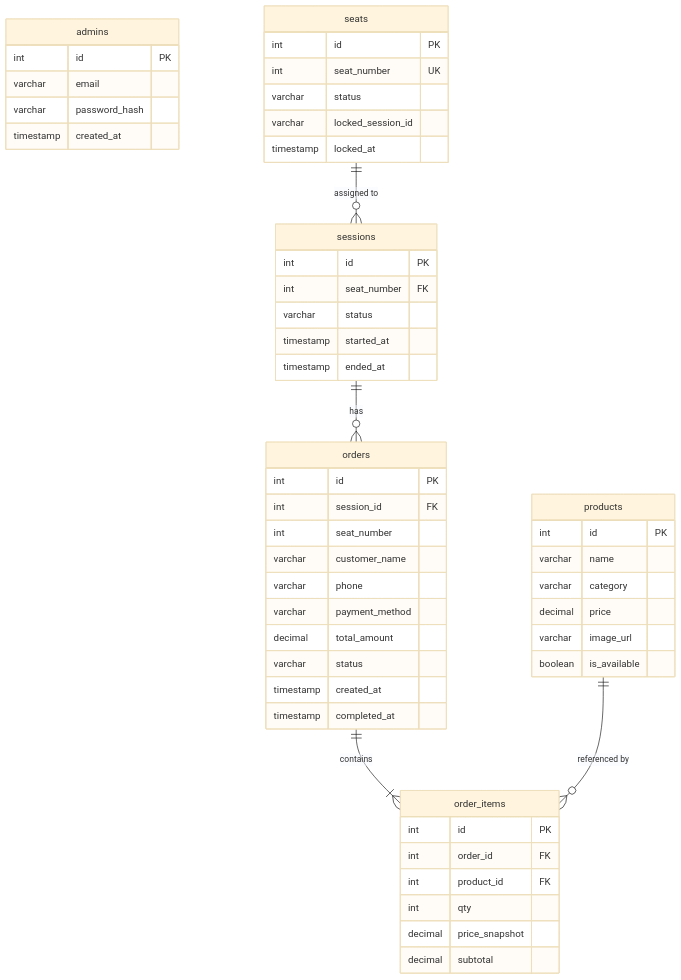
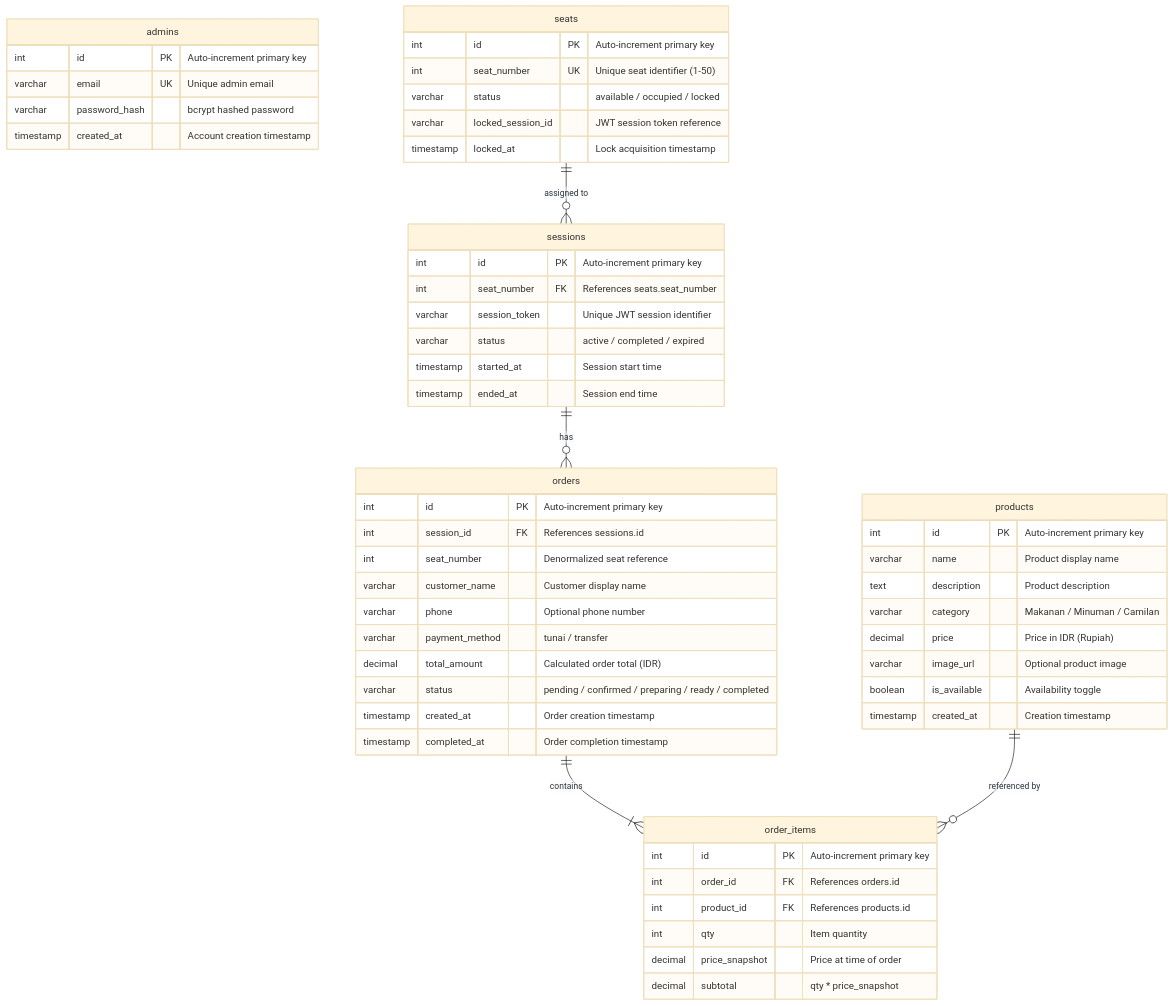
Before and after one commit to adamyudhistiramuhtar-byte/SistrackV2: the first of 5 diagrams in docs/cloud-infrastructure/Infrastructure.md, drawn with Mermaid (base theme). The commit also changed other lines of this file and 15 other files, not shown here.

Commit message:
docs: overhaul project documentation with comprehensive cloud architecture guides and professionalize README content

````diff
--- a/docs/cloud-infrastructure/Infrastructure.md
+++ b/docs/cloud-infrastructure/Infrastructure.md
@@ -177,56 +240,59 @@
 ```mermaid
 erDiagram
     admins {
-        int id PK
-        varchar email
-        varchar password_hash
-        timestamp created_at
+        int id PK "Auto-increment primary key"
+        varchar email UK "Unique admin email"
+        varchar password_hash "bcrypt hashed password"
+        timestamp created_at "Account creation timestamp"
     }
     products {
-        int id PK
-        varchar name
-        varchar category
-        decimal price
-        varchar image_url
-        boolean is_available
+        int id PK "Auto-increment primary key"
+        varchar name "Product display name"
+        text description "Product description"
+        varchar category "Makanan / Minuman / Camilan"
+        decimal price "Price in IDR (Rupiah)"
+        varchar image_url "Optional product image"
+        boolean is_available "Availability toggle"
+        timestamp created_at "Creation timestamp"
     }
     seats {
-        int id PK
-        int seat_number UK
-        varchar status
-        varchar locked_session_id
-        timestamp locked_at
+        int id PK "Auto-increment primary key"
+        int seat_number UK "Unique seat identifier (1-50)"
+        varchar status "available / occupied / locked"
+        varchar locked_session_id "JWT session token reference"
+        timestamp locked_at "Lock acquisition timestamp"
     }
     sessions {
-        int id PK
-        int seat_number FK
-        varchar status
-        timestamp started_at
-        timestamp ended_at
+        int id PK "Auto-increment primary key"
+        int seat_number FK "References seats.seat_number"
+        varchar session_token "Unique JWT session identifier"
+        varchar status "active / completed / expired"
+        timestamp started_at "Session start time"
+        timestamp ended_at "Session end time"
     }
     orders {
-        int id PK
-        int session_id FK
-        int seat_number
-        varchar customer_name
-        varchar phone
-        varchar payment_method
-        decimal total_amount
-        varchar status
-        timestamp created_at
-        timestamp completed_at
+        int id PK "Auto-increment primary key"
+        int session_id FK "References sessions.id"
+        int seat_number "Denormalized seat reference"
+        varchar customer_name "Customer display name"
+        varchar phone "Optional phone number"
+        varchar payment_method "tunai / transfer"
+        decimal total_amount "Calculated order total (IDR)"
+        varchar status "pending / confirmed / preparing / ready / completed"
+        timestamp created_at "Order creation timestamp"
+        timestamp completed_at "Order completion timestamp"
     }
     order_items {
-        int id PK
-        int order_id FK
-        int product_id FK
-        int qty
-        decimal price_snapshot
-        decimal subtotal
+        int id PK "Auto-increment primary key"
+        int order_id FK "References orders.id"
+        int product_id FK "References products.id"
+        int qty "Item quantity"
+        decimal price_snapshot "Price at time of order"
+        decimal subtotal "qty * price_snapshot"
     }
     
     sessions ||--o{ orders : "has"
     orders ||--|{ order_items : "contains"
     products ||--o{ order_items : "referenced by"
     seats ||--o{ sessions : "assigned to"
 ```
````
